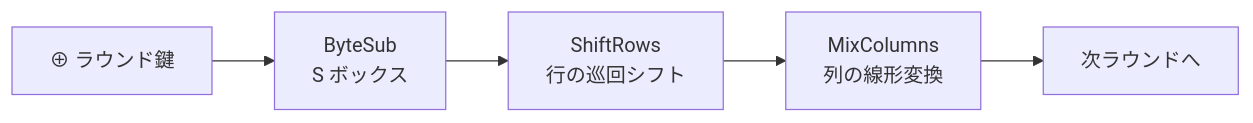
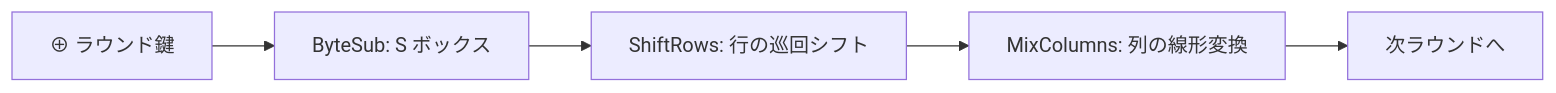
Before and after one commit to SomaTomita/sec-prep: the diagram in courses/coursera-crypto1/04_block-ciphers/05_aes.md, drawn with Mermaid. The commit also changed other lines of this file and 6 other files, not shown here.

````diff
--- a/courses/coursera-crypto1/04_block-ciphers/05_aes.md
+++ b/courses/coursera-crypto1/04_block-ciphers/05_aes.md
@@ -19,7 +33,4 @@
 ```mermaid
-graph LR
-    K[⊕ ラウンド鍵] --> S[ByteSub<br/>S ボックス]
-    S --> R[ShiftRows<br/>行の巡回シフト]
-    R --> M[MixColumns<br/>列の線形変換]
-    M --> N[次ラウンドへ]
+flowchart LR
+  K["⊕ ラウンド鍵"] --> S["ByteSub: S ボックス"] --> R["ShiftRows: 行の巡回シフト"] --> M["MixColumns: 列の線形変換"] --> N["次ラウンドへ"]
 ```
````
